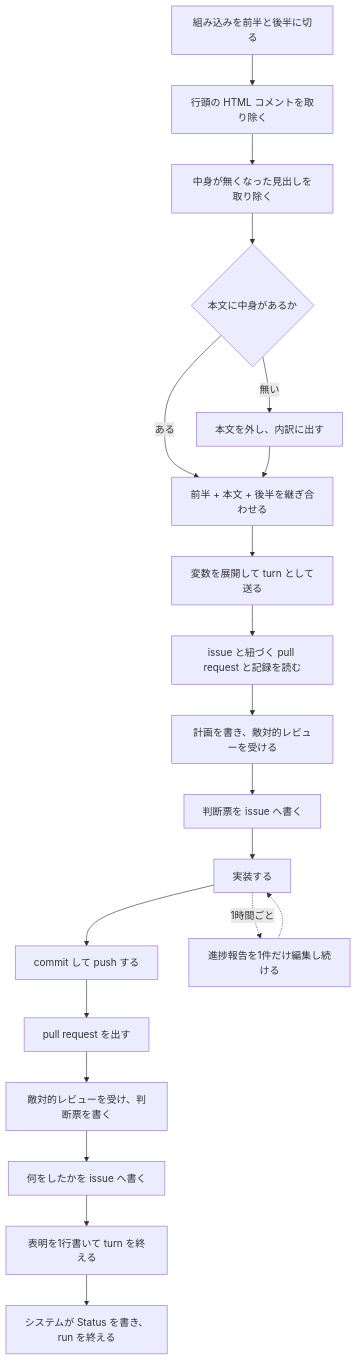
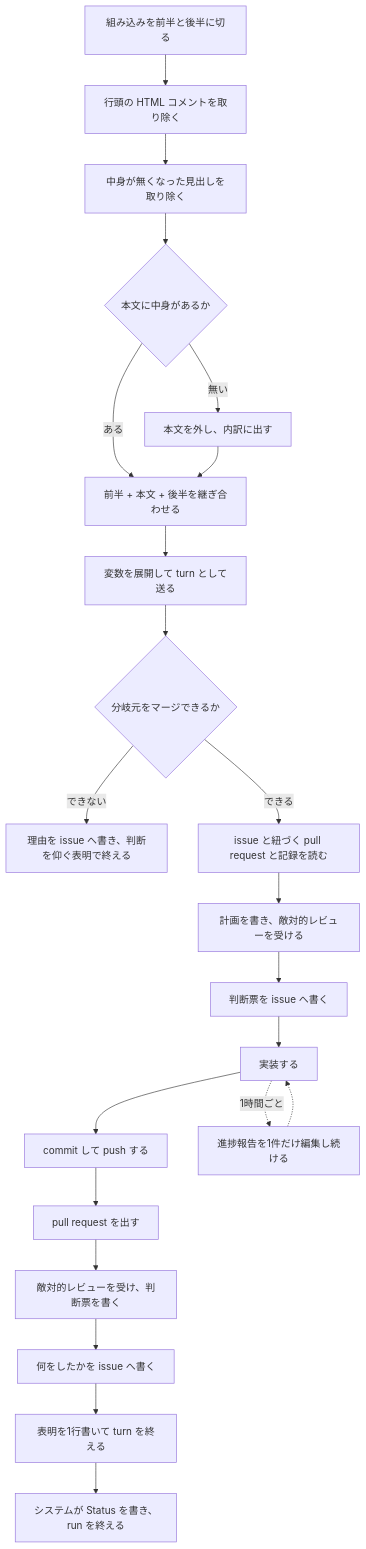
Before and after one commit to maimuzo/continuo: the second of 2 diagrams in docs/spec/usecases/particular_case/指示書に沿って issue を1件仕上げる.rucm.md, drawn with Mermaid. The commit also changed other lines of this file and 16 other files, not shown here.

````diff
--- a/docs/spec/usecases/particular_case/指示書に沿って issue を1件仕上げる.rucm.md
+++ b/docs/spec/usecases/particular_case/指示書に沿って issue を1件仕上げる.rucm.md
@@ -156,21 +167,23 @@
 ```mermaid
 flowchart TD
     A["組み込みを前半と後半に切る"] --> B["行頭の HTML コメントを取り除く"]
     B --> C["中身が無くなった見出しを取り除く"]
     C --> D{"本文に中身があるか"}
     D -->|ある| E["前半 + 本文 + 後半を継ぎ合わせる"]
     D -->|無い| F["本文を外し、内訳に出す"] --> E
     E --> G["変数を展開して turn として送る"]
-    G --> H["issue と紐づく pull request と記録を読む"]
+    G --> G2{"分岐元をマージできるか"}
+    G2 -->|できない| G3["理由を issue へ書き、判断を仰ぐ表明で終える"]
+    G2 -->|できる| H["issue と紐づく pull request と記録を読む"]
     H --> I["計画を書き、敵対的レビューを受ける"]
     I --> J["判断票を issue へ書く"]
     J --> K["実装する"]
     K --> L["commit して push する"]
     L --> M["pull request を出す"]
     M --> N["敵対的レビューを受け、判断票を書く"]
     N --> O["何をしたかを issue へ書く"]
     O --> P["表明を1行書いて turn を終える"]
     P --> Q["システムが Status を書き、run を終える"]
     K -. "1時間ごと" .-> R["進捗報告を1件だけ編集し続ける"]
     R -.-> K
 ```
````
